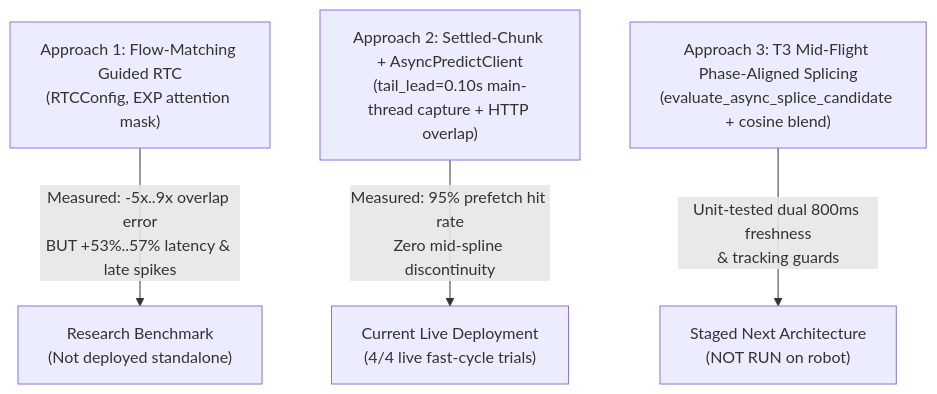
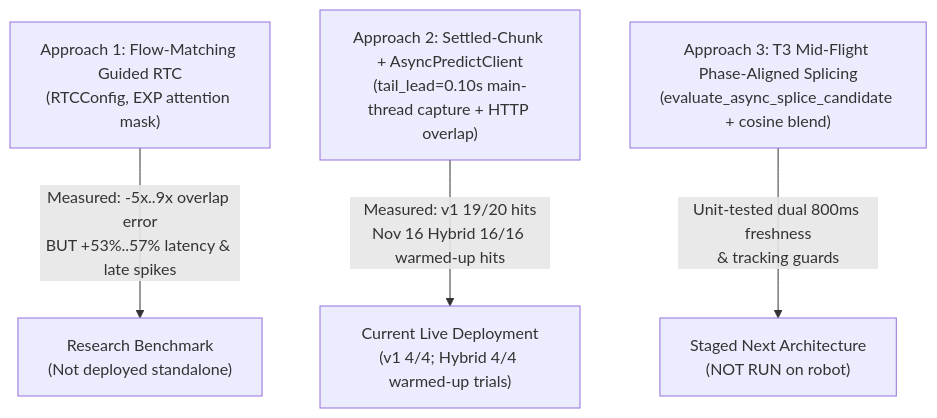
Before and after one commit to aiorbits/station-lite-LeRobot-v070-SmolVLA-RTC: the diagram in docs/METHODS_AND_RTC_ARCHITECTURE.md, drawn with Mermaid. The commit also changed other lines of this file and 6 other files, not shown here.

Commit message:
docs: record Nov 16 Hybrid hardware pilot and inference readiness

````diff
--- a/docs/METHODS_AND_RTC_ARCHITECTURE.md
+++ b/docs/METHODS_AND_RTC_ARCHITECTURE.md
@@ -22,6 +22,6 @@
 ```mermaid
 flowchart TD
     A["Approach 1: Flow-Matching Guided RTC<br/>(RTCConfig, EXP attention mask)"] -->|"Measured: -5x..9x overlap error<br/>BUT +53%..57% latency & late spikes"| D["Research Benchmark<br/>(Not deployed standalone)"]
-    B["Approach 2: Settled-Chunk + AsyncPredictClient<br/>(tail_lead=0.10s main-thread capture + HTTP overlap)"] -->|"Measured: 95% prefetch hit rate<br/>Zero mid-spline discontinuity"| E["Current Live Deployment<br/>(4/4 live fast-cycle trials)"]
+    B["Approach 2: Settled-Chunk + AsyncPredictClient<br/>(tail_lead=0.10s main-thread capture + HTTP overlap)"] -->|"Measured: v1 19/20 hits<br/>Nov 16 Hybrid 16/16 warmed-up hits"| E["Current Live Deployment<br/>(v1 4/4; Hybrid 4/4 warmed-up trials)"]
     C["Approach 3: T3 Mid-Flight Phase-Aligned Splicing<br/>(evaluate_async_splice_candidate + cosine blend)"] -->|"Unit-tested dual 800ms freshness<br/>& tracking guards"| F["Staged Next Architecture<br/>(NOT RUN on robot)"]
 ```
````
